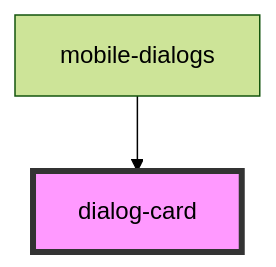
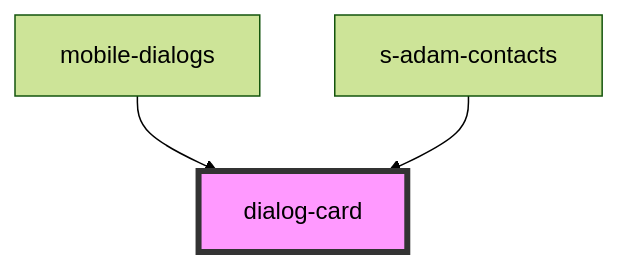
The diagram in src/components/shared/dialog-card/readme.md (saqhan/stencil-chat), drawn with Mermaid (forest theme) before and after one commit. The commit also changed other lines of this file and 38 other files, not shown here.

````diff
--- a/src/components/shared/dialog-card/readme.md
+++ b/src/components/shared/dialog-card/readme.md
@@ -29,5 +30,6 @@
 ```mermaid
 graph TD;
   mobile-dialogs --> dialog-card
+  s-adam-contacts --> dialog-card
   style dialog-card fill:#f9f,stroke:#333,stroke-width:4px
 ```
````
